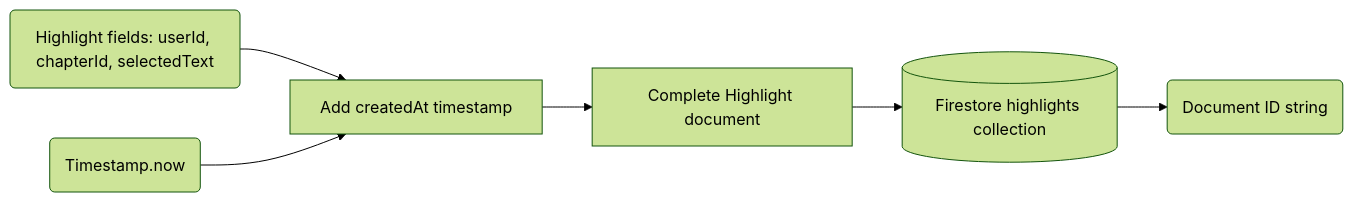
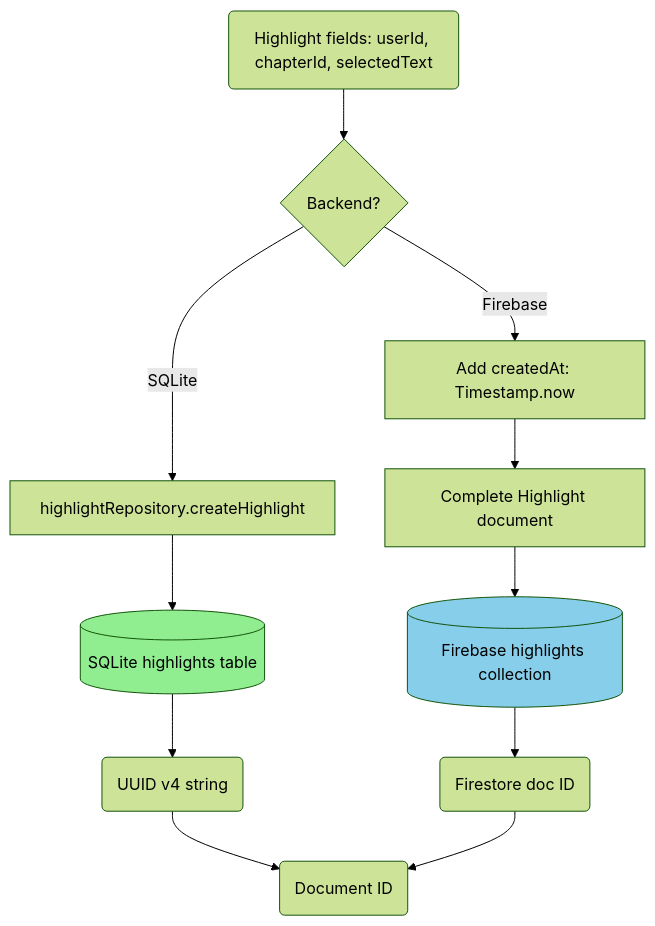
One commit to CongJie-Pan/TheChamber_Of_RedMansion_FireBaseStudio changed the third of 3 diagrams in docs/structure_module_infoMD/Core Service Modules/highlight-service_module_info.md. Above: the diagram before and after it, drawn with Mermaid (forest theme). The commit also changed other lines of this file and 1 other file, not shown here.

First line of the commit message:
docs: update service modules with Phase 2 dual-mode architecture

````diff
--- a/docs/structure_module_infoMD/Core Service Modules/highlight-service_module_info.md
+++ b/docs/structure_module_infoMD/Core Service Modules/highlight-service_module_info.md
@@ -51,8 +81,19 @@
 ```mermaid
-graph LR
-    Input(Highlight fields: userId, chapterId, selectedText) --> AddTimestamp[Add createdAt timestamp];
-    Timestamp(Timestamp.now) --> AddTimestamp;
-    AddTimestamp --> Document[Complete Highlight document];
-    Document --> Firestore[(Firestore highlights collection)];
-    Firestore --> Output(Document ID string);
+graph TD
+    Input(Highlight fields: userId, chapterId, selectedText) --> Decision{Backend?}
+    Decision -->|SQLite| SQLiteRepo[highlightRepository.createHighlight]
+    Decision -->|Firebase| AddTimestamp[Add createdAt: Timestamp.now]
+
+    SQLiteRepo --> SQLiteDB[(SQLite highlights table)]
+    SQLiteDB --> SQLiteID(UUID v4 string)
+
+    AddTimestamp --> FirebaseDoc[Complete Highlight document]
+    FirebaseDoc --> Firestore[(Firebase highlights collection)]
+    Firestore --> FirebaseID(Firestore doc ID)
+
+    SQLiteID --> Output(Document ID)
+    FirebaseID --> Output
+
+    style SQLiteDB fill:#90EE90
+    style Firestore fill:#87CEEB
 ```
````
